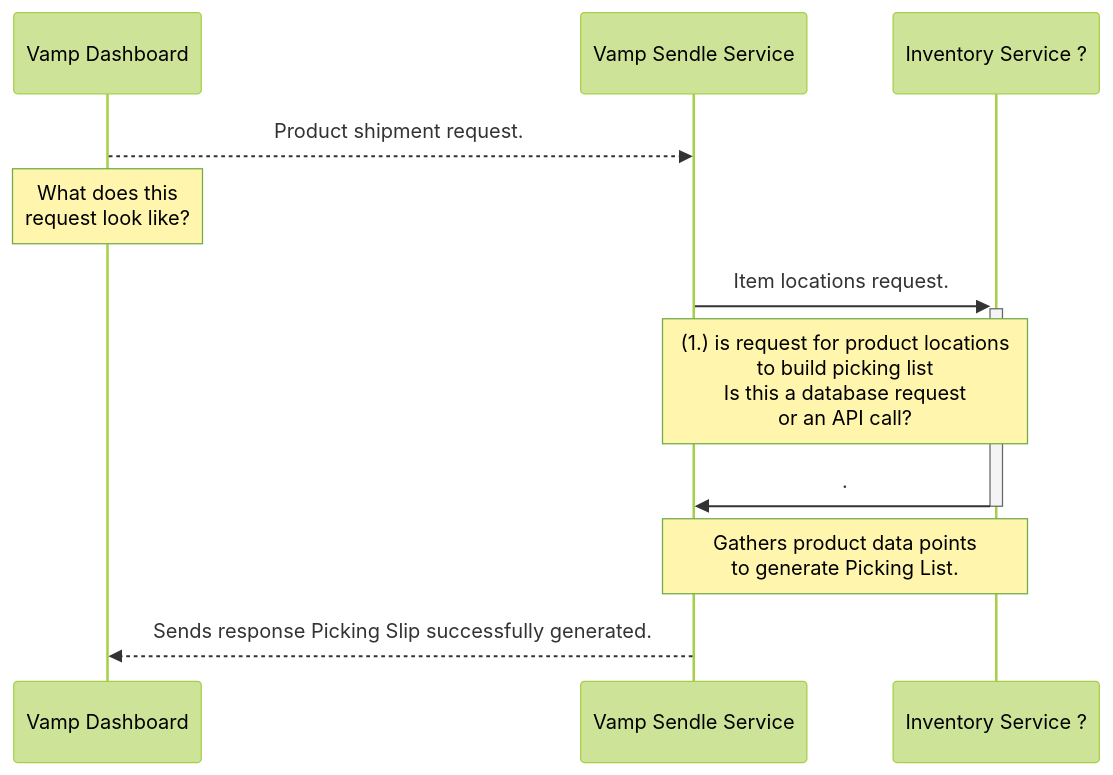
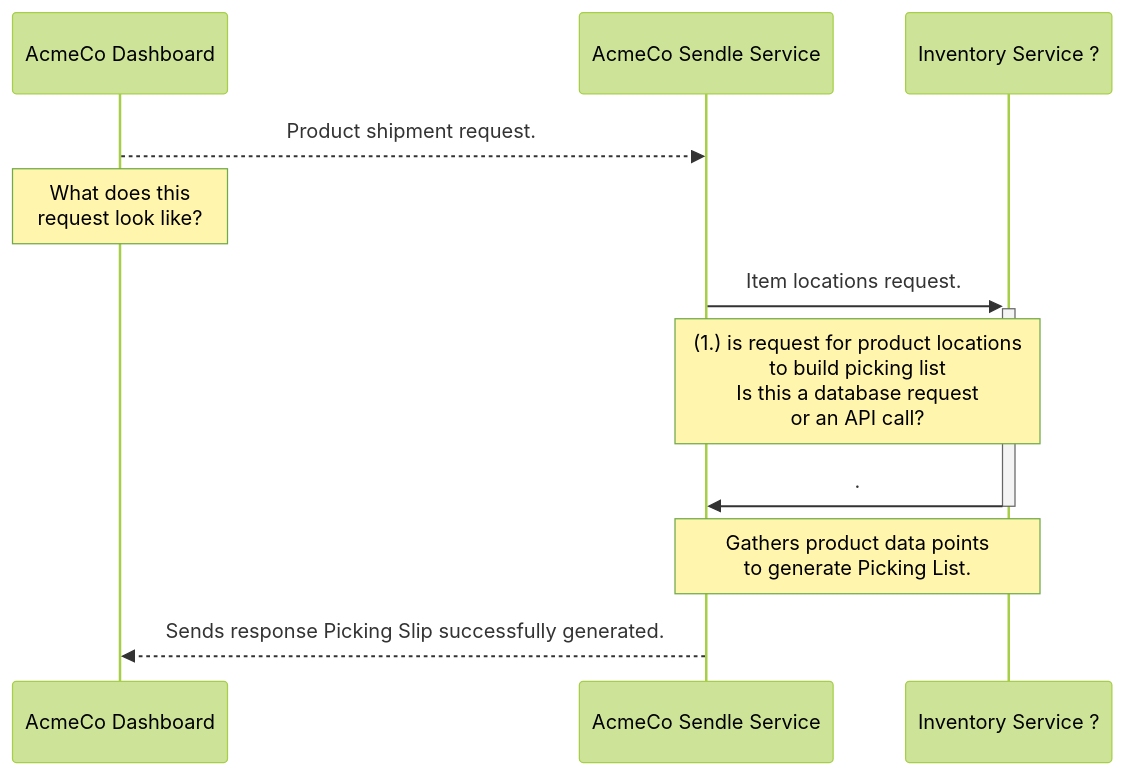
The diagram in support/sendle-internal.mmd (rsgrafx/shipping-au), drawn with Mermaid (forest theme) before and after one commit. The commit also changed 17 other files, not shown here.

```diff
--- a/support/sendle-internal.mmd
+++ b/support/sendle-internal.mmd
@@ -1,14 +1,14 @@
 sequenceDiagram
 
-participant client as Vamp Dashboard
-participant sendlesvc as Vamp Sendle Service
+participant client as AcmeCo Dashboard
+participant sendlesvc as AcmeCo Sendle Service
 participant warehouseAPI as Inventory Service ?
 # participant sendleapi as Sendle API
 
 client-->>sendlesvc: Product shipment request.
 note over client: What does this<br/> request look like?
 sendlesvc->>+warehouseAPI: Item locations request.
 note over sendlesvc, warehouseAPI: (1.) is request for product locations <br/> to build picking list <br/> Is this a database request<br/> or an API call?
 warehouseAPI->>-sendlesvc: .
 note over sendlesvc, warehouseAPI: Gathers product data points <br/> to generate Picking List.
 sendlesvc-->>client: Sends response Picking Slip successfully generated.
```
